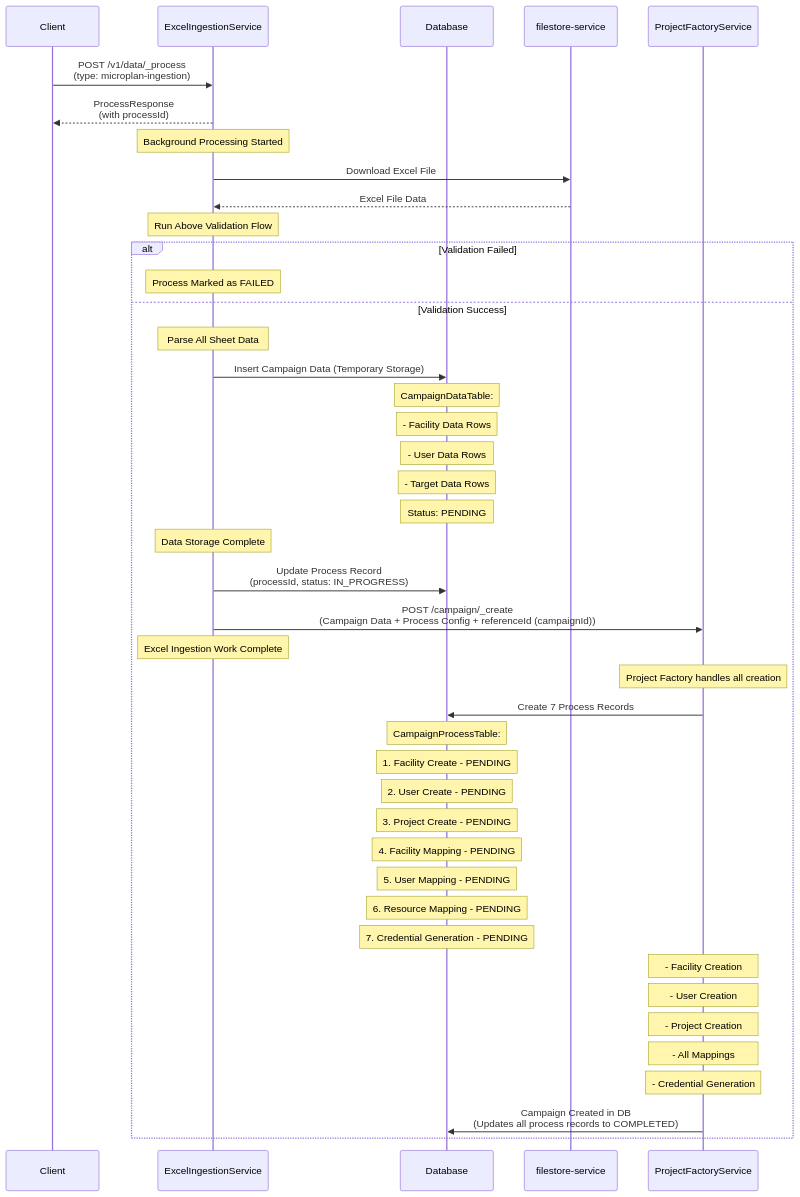
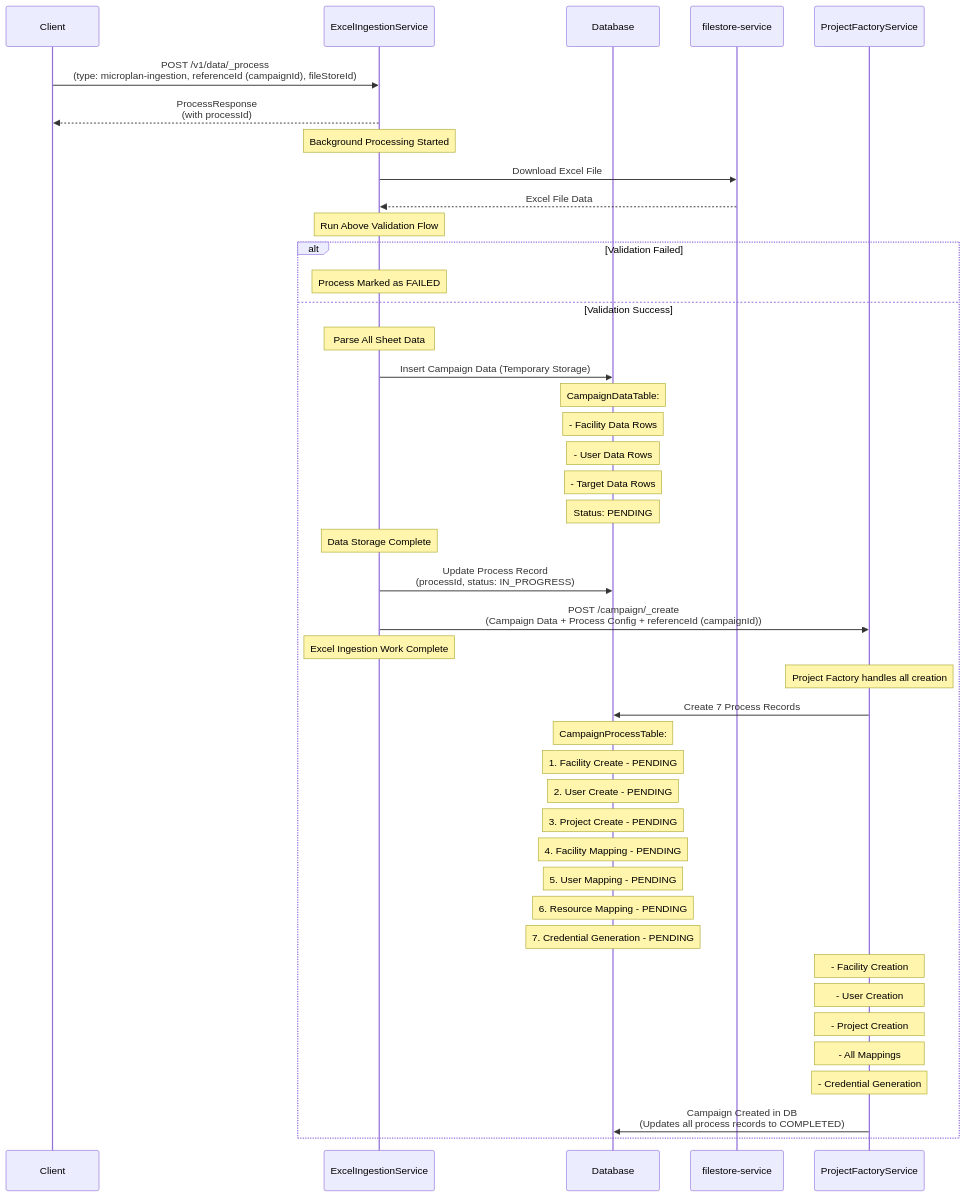
Before and after one commit to ashish-egov/campaign-whole-sheet-ingestion: the third of 5 diagrams in tempDesign.md, drawn with Mermaid. The commit also changed other lines of this file, not shown here.

````diff
--- a/tempDesign.md
+++ b/tempDesign.md
@@ -89,59 +89,59 @@
 ```mermaid
 sequenceDiagram
     participant Client
     participant ExcelIngestionService
     participant Database
     participant filestore-service
     participant ProjectFactoryService
     
-    Client->>ExcelIngestionService: POST /v1/data/_process<br/>(type: microplan-ingestion)
+    Client->>ExcelIngestionService: POST /v1/data/_process<br/>(type: microplan-ingestion, referenceId (campaignId), fileStoreId)
     
     ExcelIngestionService-->>Client: ProcessResponse<br/>(with processId)
     
     Note over ExcelIngestionService: Background Processing Started
     
     ExcelIngestionService->>filestore-service: Download Excel File
     filestore-service-->>ExcelIngestionService: Excel File Data
     
     Note over ExcelIngestionService: Run Above Validation Flow
     
     alt Validation Failed
         Note over ExcelIngestionService: Process Marked as FAILED
     else Validation Success
     
         Note over ExcelIngestionService: Parse All Sheet Data
         
         ExcelIngestionService->>Database: Insert Campaign Data (Temporary Storage)
         Note over Database: CampaignDataTable:
         Note over Database: - Facility Data Rows
         Note over Database: - User Data Rows  
         Note over Database: - Target Data Rows
         Note over Database: Status: PENDING
         
         Note over ExcelIngestionService: Data Storage Complete
         ExcelIngestionService->>Database: Update Process Record<br/>(processId, status: IN_PROGRESS)
         
         ExcelIngestionService->>ProjectFactoryService: POST /campaign/_create<br/>(Campaign Data + Process Config + referenceId (campaignId))
         
         Note over ExcelIngestionService: Excel Ingestion Work Complete
         
         Note over ProjectFactoryService: Project Factory handles all creation
         ProjectFactoryService->>Database: Create 7 Process Records
         Note over Database: CampaignProcessTable:
         Note over Database: 1. Facility Create - PENDING
         Note over Database: 2. User Create - PENDING
         Note over Database: 3. Project Create - PENDING
         Note over Database: 4. Facility Mapping - PENDING
         Note over Database: 5. User Mapping - PENDING
         Note over Database: 6. Resource Mapping - PENDING
         Note over Database: 7. Credential Generation - PENDING
         
         Note over ProjectFactoryService: - Facility Creation
         Note over ProjectFactoryService: - User Creation  
         Note over ProjectFactoryService: - Project Creation
         Note over ProjectFactoryService: - All Mappings
         Note over ProjectFactoryService: - Credential Generation
         
         ProjectFactoryService->>Database: Campaign Created in DB<br/>(Updates all process records to COMPLETED)
     end
 ```
````
